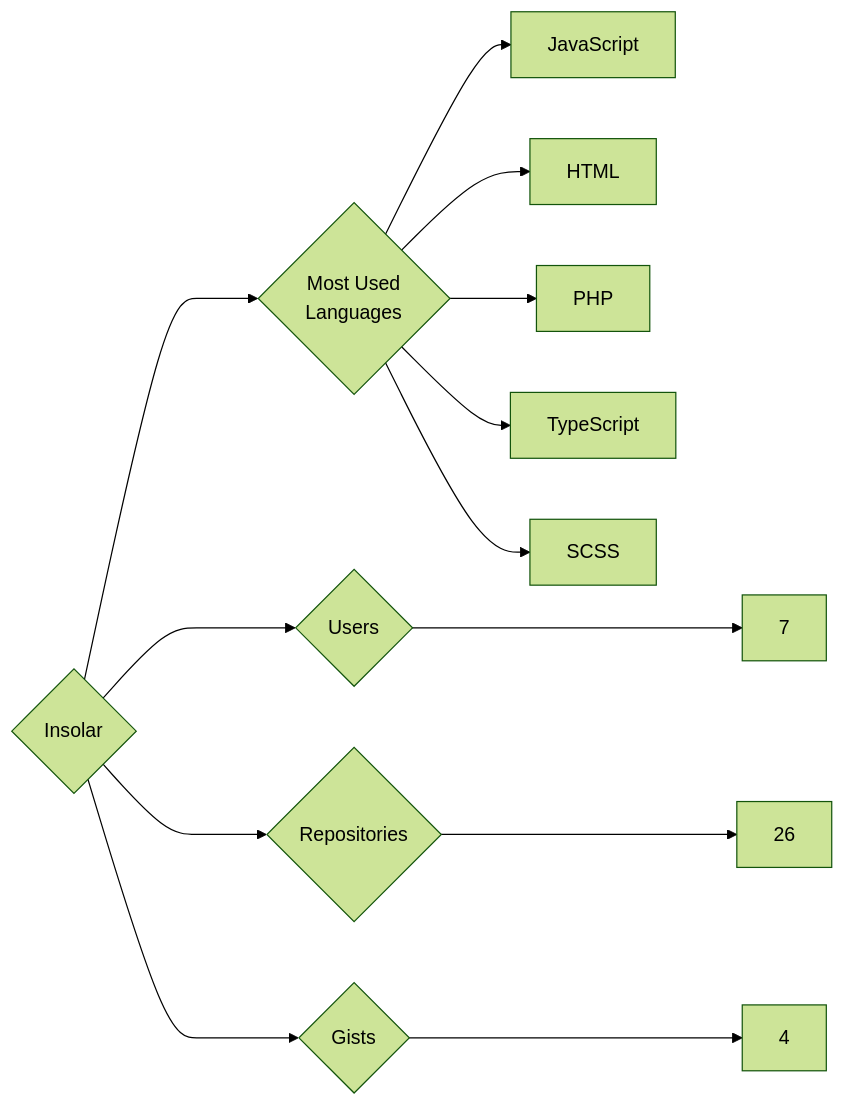
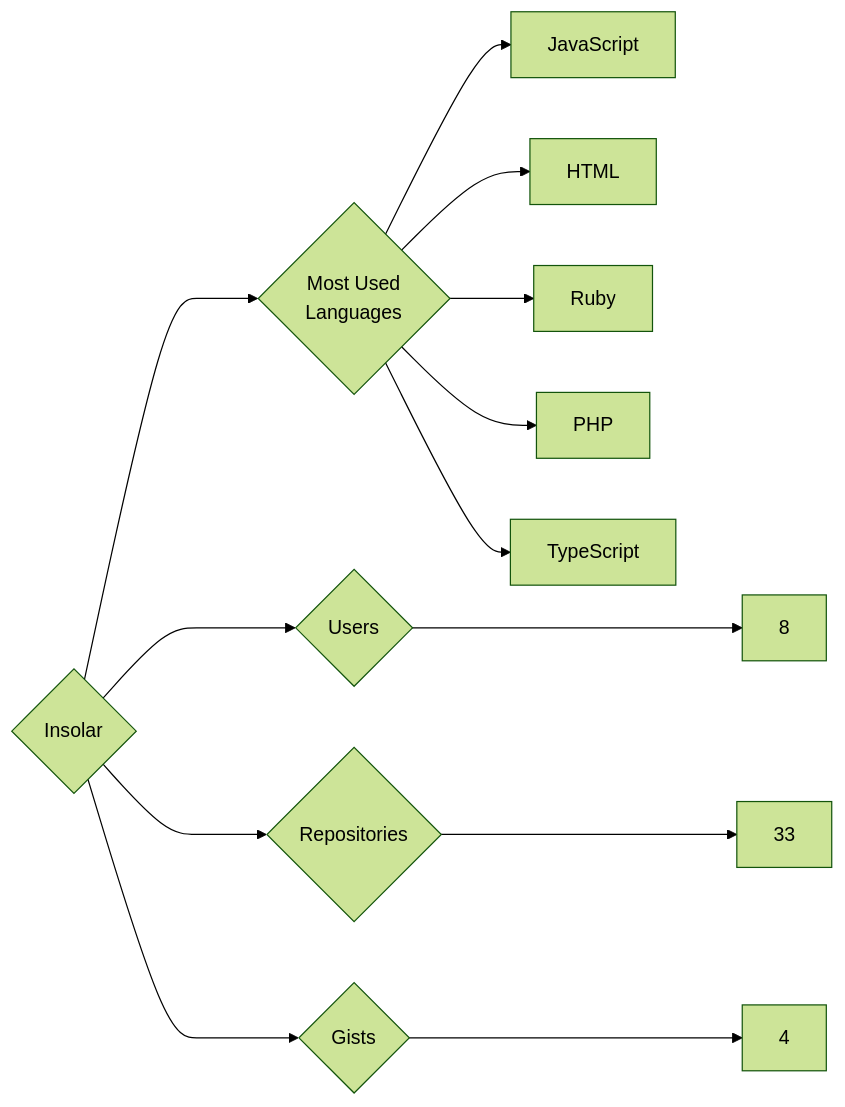
Before and after one commit to trickest/insiders: the diagram in targets/Insolar/README.md, drawn with Mermaid (forest theme). The commit also changed 1195 other files, not shown here.

````diff
--- a/targets/Insolar/README.md
+++ b/targets/Insolar/README.md
@@ -3,13 +3,13 @@
 ```mermaid
 graph LR
 COMPANY_NAME{Insolar}
-COMPANY_NAME ---> U{Users} ---> UN[7]
-COMPANY_NAME ---> R{Repositories} ---> RN[26]
+COMPANY_NAME ---> U{Users} ---> UN[8]
+COMPANY_NAME ---> R{Repositories} ---> RN[33]
 COMPANY_NAME ---> G{Gists} ---> GN[4]
 COMPANY_NAME ---> ML{Most Used<br>Languages}
 ML --> JavaScript[JavaScript]
 ML --> HTML[HTML]
+ML --> Ruby[Ruby]
 ML --> PHP[PHP]
 ML --> TypeScript[TypeScript]
-ML --> SCSS[SCSS]
 ```
````
